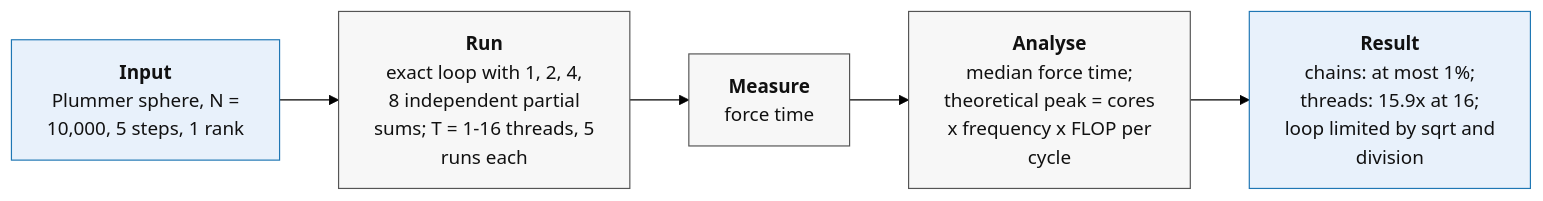
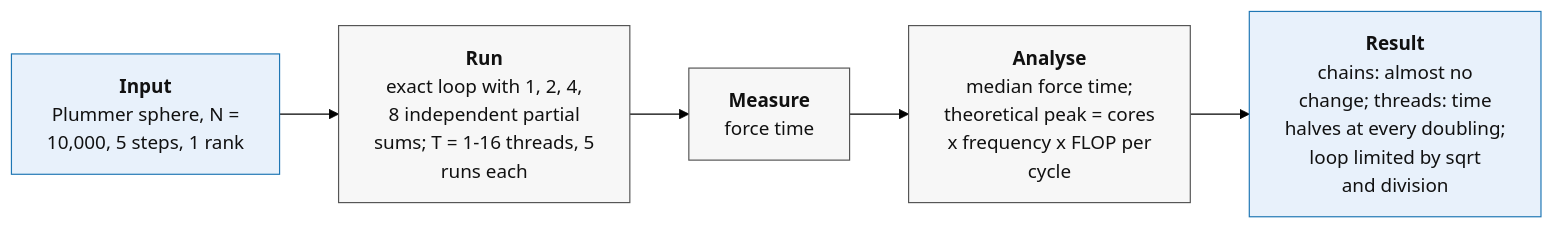
The tenth of 16 diagrams in Nbody_serial/FINAL_REPORT.md (emmadariol/HPC_exam), drawn with Mermaid (forest theme) before and after one commit. The commit also changed other lines of this file and 3 other files, not shown here.

````diff
--- a/Nbody_serial/FINAL_REPORT.md
+++ b/Nbody_serial/FINAL_REPORT.md
@@ -815,13 +707,13 @@
 ```mermaid
 flowchart LR
   A["<b>Input</b><br/>Plummer sphere, N =<br/>10,000, 5 steps, 1 rank"]
   B["<b>Run</b><br/>exact loop with 1, 2, 4,<br/>8 independent partial<br/>sums; T = 1-16 threads, 5<br/>runs each"]
   C["<b>Measure</b><br/>force time"]
   D["<b>Analyse</b><br/>median force time;<br/>theoretical peak = cores<br/>x frequency x FLOP per<br/>cycle"]
-  E["<b>Result</b><br/>chains: at most 1%;<br/>threads: 15.9x at 16;<br/>loop limited by sqrt and<br/>division"]
+  E["<b>Result</b><br/>chains: almost no<br/>change; threads: time<br/>halves at every doubling;<br/>loop limited by sqrt<br/>and division"]
   A --> B --> C --> D --> E
   classDef io fill:#e8f1fb,stroke:#1f77b4,color:#111;
   classDef step fill:#f7f7f7,stroke:#555,color:#111;
   class A,E io;
   class B,C,D step;
 ```
````
